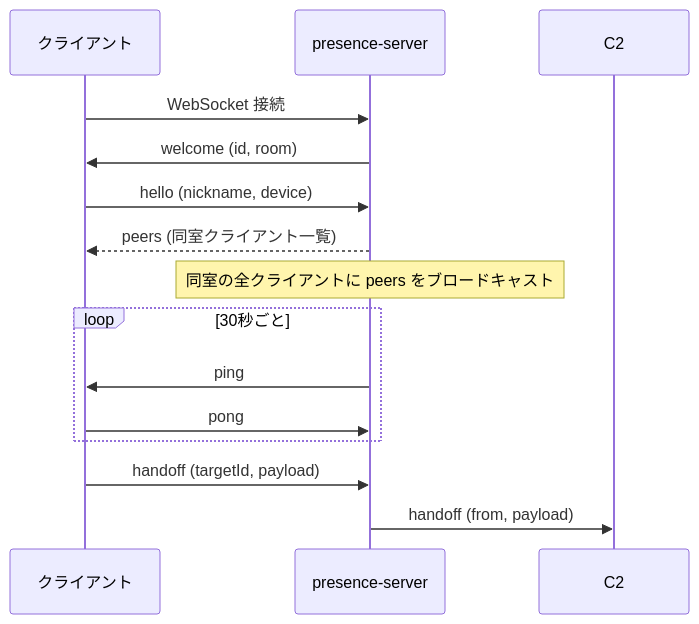
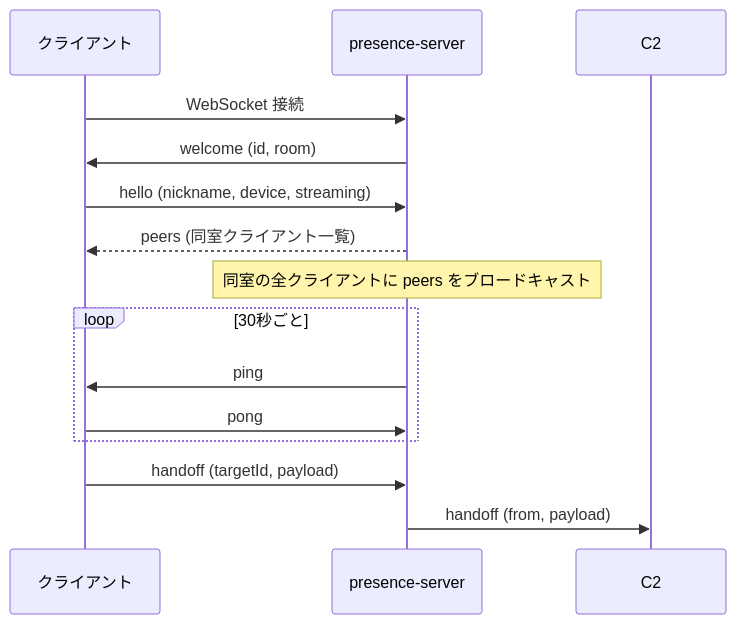
The fourth of 10 diagrams in docs/pipe-spec.md (afjk/afjk.jp), drawn with Mermaid before and after one commit. The commit also changed other lines of this file and 1 other file, not shown here.

````diff
--- a/docs/pipe-spec.md
+++ b/docs/pipe-spec.md
@@ -94,19 +96,19 @@
 ```mermaid
 sequenceDiagram
     participant C as クライアント
     participant S as presence-server
 
     C->>S: WebSocket 接続
     S->>C: welcome (id, room)
-    C->>S: hello (nickname, device)
+    C->>S: hello (nickname, device, streaming)
     S-->>C: peers (同室クライアント一覧)
     Note over S: 同室の全クライアントに peers をブロードキャスト
 
     loop 30秒ごと
         S->>C: ping
         C->>S: pong
     end
 
     C->>S: handoff (targetId, payload)
     S->>C2: handoff (from, payload)
 ```
````
